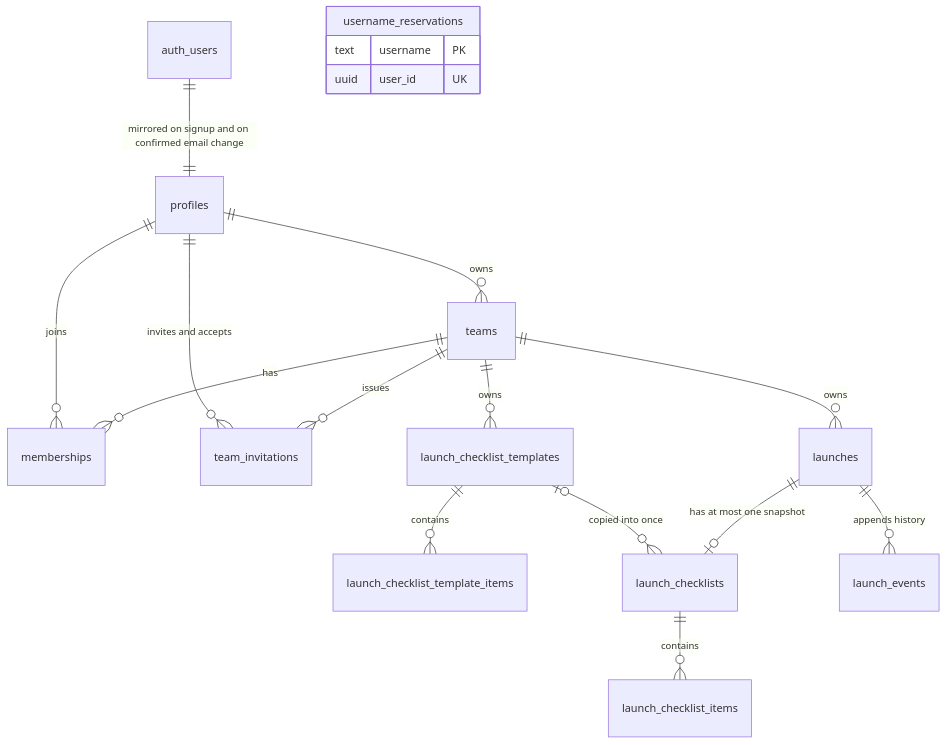
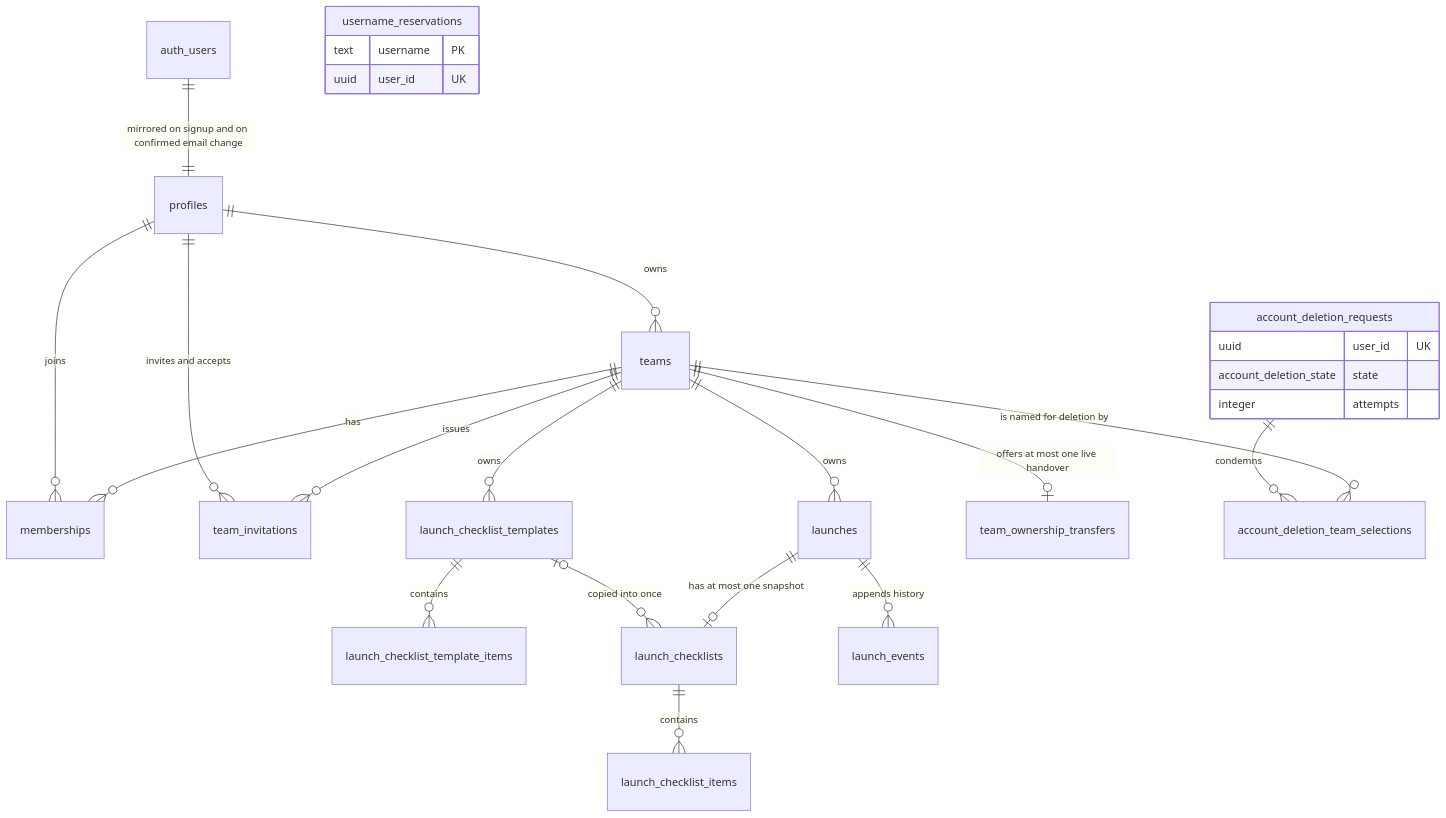
One commit to alejandrovrandecom/dropshipping-operations-platform changed the diagram in docs/database/architecture.md. Above: the diagram before and after it, drawn with Mermaid. The commit also changed other lines of this file and 9 other files, not shown here.

````diff
--- a/docs/database/architecture.md
+++ b/docs/database/architecture.md
@@ -16,20 +16,28 @@
 ```mermaid
 erDiagram
   auth_users ||--|| profiles : "mirrored on signup and on confirmed email change"
   profiles ||--o{ teams : owns
   teams ||--o{ memberships : has
   profiles ||--o{ memberships : joins
   teams ||--o{ team_invitations : issues
   profiles ||--o{ team_invitations : "invites and accepts"
   teams ||--o{ launches : owns
   teams ||--o{ launch_checklist_templates : owns
   launch_checklist_templates ||--o{ launch_checklist_template_items : contains
   launches ||--o| launch_checklists : "has at most one snapshot"
   launch_checklist_templates |o--o{ launch_checklists : "copied into once"
   launch_checklists ||--o{ launch_checklist_items : contains
   launches ||--o{ launch_events : "appends history"
+  teams ||--o| team_ownership_transfers : "offers at most one live handover"
+  teams ||--o{ account_deletion_team_selections : "is named for deletion by"
+  account_deletion_requests ||--o{ account_deletion_team_selections : condemns
   username_reservations {
     text username PK
     uuid user_id UK
   }
+  account_deletion_requests {
+    uuid user_id UK
+    account_deletion_state state
+    integer attempts
+  }
 ```
````
